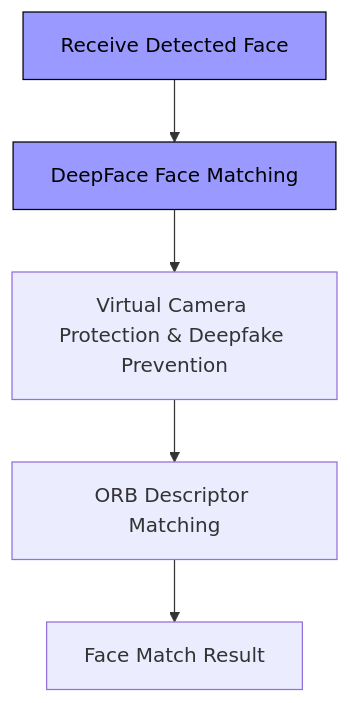
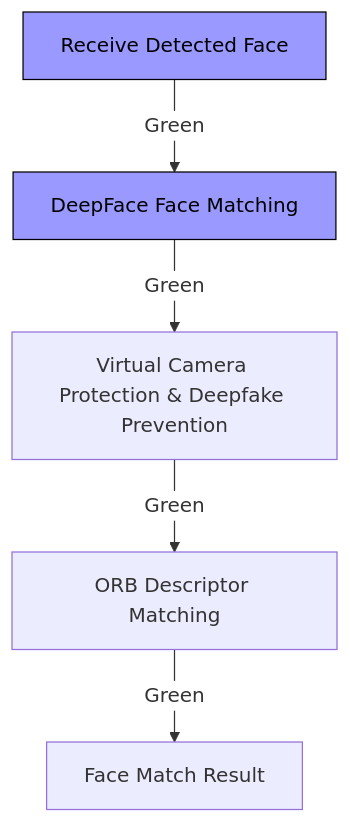
One commit to Tharun-selladurai/face_liveliness_web_platform changed the third of 6 diagrams in README.md. Above: the diagram before and after it, drawn with Mermaid. The commit also changed other lines of this file, not shown here.

````diff
--- a/README.md
+++ b/README.md
@@ -98,11 +87,11 @@
 ```mermaid
 %%{init: {'theme': 'default', 'themeVariables': {'edgeLabelBackground':'#ffffff', 'tertiaryColor':'#ffffff'}}}%%
 graph TD;
-    A[Receive Detected Face] --> B[DeepFace Face Matching]
-    B --> C[Virtual Camera Protection & Deepfake Prevention]
-    C --> D[ORB Descriptor Matching]
-    D --> E[Face Match Result]
+    A[Receive Detected Face] -->|Green| B[DeepFace Face Matching]
+    B -->|Green| C[Virtual Camera Protection & Deepfake Prevention]
+    C -->|Green| D[ORB Descriptor Matching]
+    D -->|Green| E[Face Match Result]
     
     classDef match fill:#9999ff,stroke:#000000,color:#000000;
     class A,B match;
 ```
````
